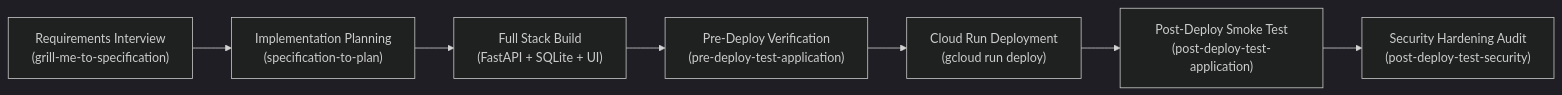
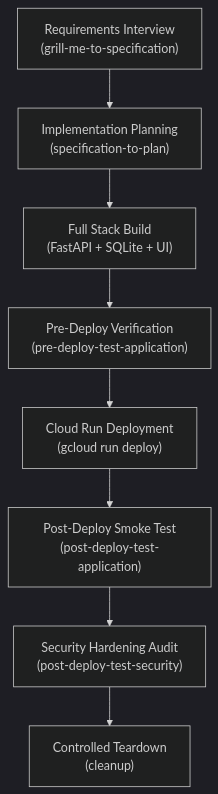
The diagram in README.md (ddgarland/agy_guestbook), drawn with Mermaid (dark theme) before and after one commit. The commit also changed other lines of this file, not shown here.

Commit message:
docs: update README.md to reflect full lifecycle, skills reference, and cleanup teardown

````diff
--- a/README.md
+++ b/README.md
@@ -26,9 +26,10 @@
 ```mermaid
-flowchart LR
+flowchart TD
     A["Requirements Interview<br/>(grill-me-to-specification)"] --> B["Implementation Planning<br/>(specification-to-plan)"]
     B --> C["Full Stack Build<br/>(FastAPI + SQLite + UI)"]
     C --> D["Pre-Deploy Verification<br/>(pre-deploy-test-application)"]
     D --> E["Cloud Run Deployment<br/>(gcloud run deploy)"]
     E --> F["Post-Deploy Smoke Test<br/>(post-deploy-test-application)"]
     F --> G["Security Hardening Audit<br/>(post-deploy-test-security)"]
+    G --> H["Controlled Teardown<br/>(cleanup)"]
 ```
````
